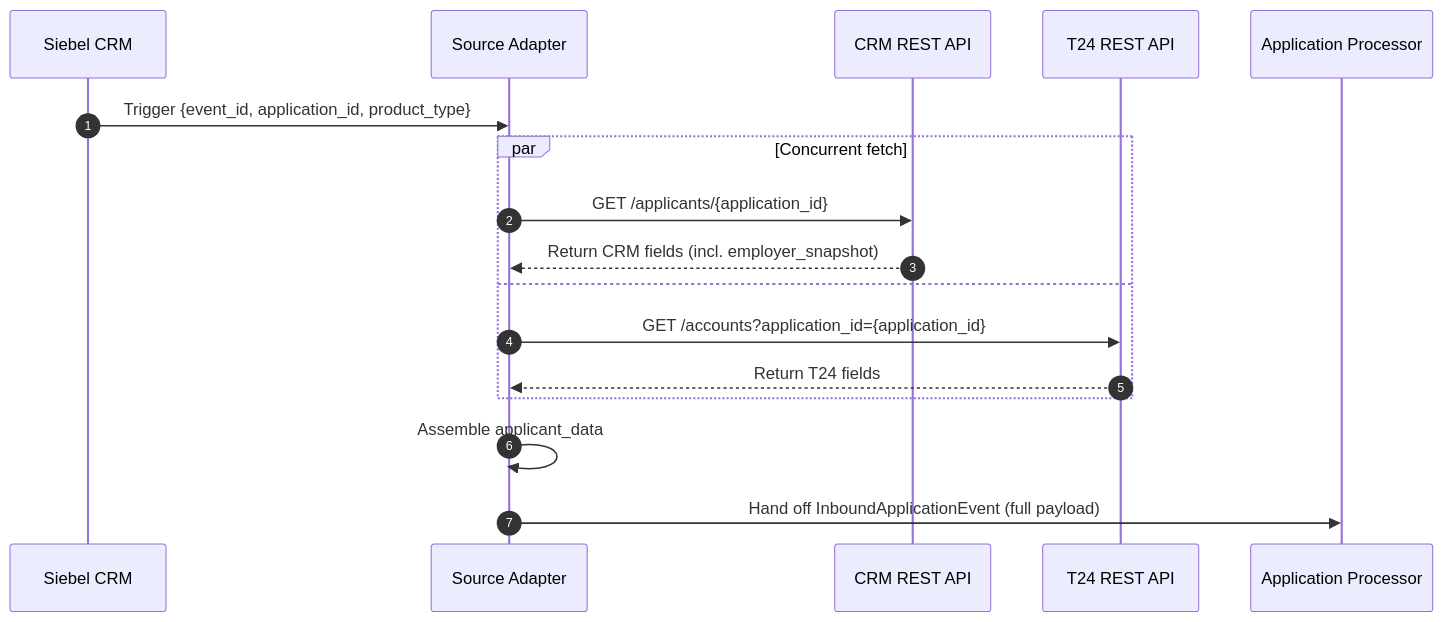
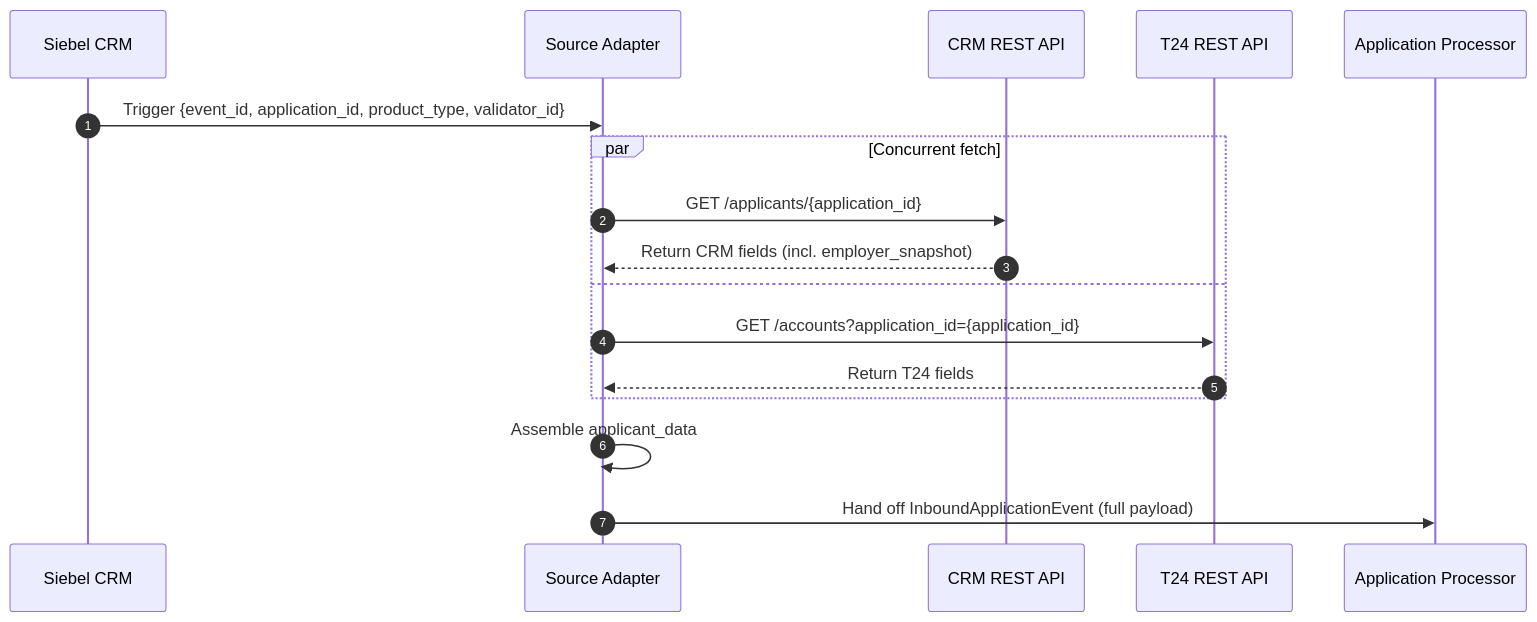
Before and after one commit to CharbelDaher34/creditunder: the fifth of 6 diagrams in credit_underwriting_system_requirement.md, drawn with Mermaid. The commit also changed other lines of this file, not shown here.

````diff
--- a/credit_underwriting_system_requirement.md
+++ b/credit_underwriting_system_requirement.md
@@ -1036,20 +1042,20 @@
 ```mermaid
 sequenceDiagram
     autonumber
     participant CRM as Siebel CRM
     participant ADP as Source Adapter
     participant CRMAPI as CRM REST API
     participant T24API as T24 REST API
     participant AP as Application Processor
 
-    CRM->>ADP: Trigger {event_id, application_id, product_type}
+    CRM->>ADP: Trigger {event_id, application_id, product_type, validator_id}
     par Concurrent fetch
         ADP->>CRMAPI: GET /applicants/{application_id}
         CRMAPI-->>ADP: Return CRM fields (incl. employer_snapshot)
     and
         ADP->>T24API: GET /accounts?application_id={application_id}
         T24API-->>ADP: Return T24 fields
     end
     ADP->>ADP: Assemble applicant_data
     ADP->>AP: Hand off InboundApplicationEvent (full payload)
 ```
````
